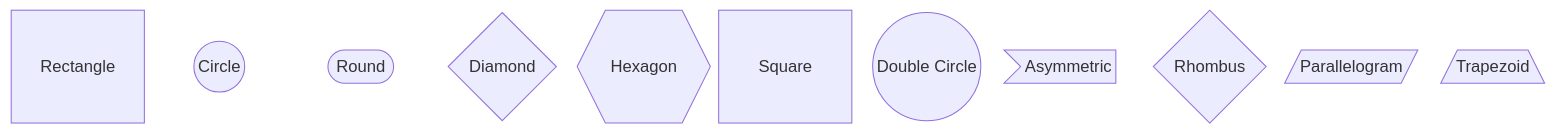
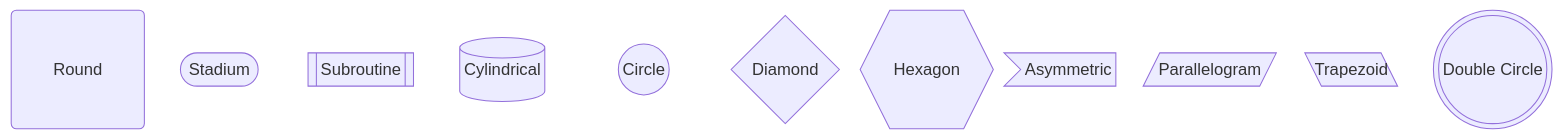
Before and after one commit to teachingai/full-stack-skills: the seventh of 27 diagrams in skills/mermaid/examples/block.md, drawn with Mermaid. The commit also changed other lines of this file and 21 other files, not shown here.

First line of the commit message:
docs(mermaid): 更新架构、块、C4和类图示例文档

````diff
--- a/skills/mermaid/examples/block.md
+++ b/skills/mermaid/examples/block.md
@@ -71,14 +97,14 @@
 ```mermaid
-block-beta
-    A["Rectangle"]
-    B(("Circle"))
-    C(["Round"])
-    D{"Diamond"}
-    E{{"Hexagon"}}
-    E1["Square"]
-    E2(("Double Circle"))
-    E3>"Asymmetric"]
-    E4{"Rhombus"}
-    E5[/"Parallelogram"/]
-    E6[/"Trapezoid"\]
+block
+    id1("Round")
+    id2(["Stadium"])
+    id3[["Subroutine"]]
+    id4[("Cylindrical")]
+    id5(("Circle"))
+    id6{"Diamond"}
+    id7{{"Hexagon"}}
+    id8>"Asymmetric"]
+    id9[/"Parallelogram"/]
+    id10[\"Trapezoid"\]
+    id11((("Double Circle")))
 ```
````
